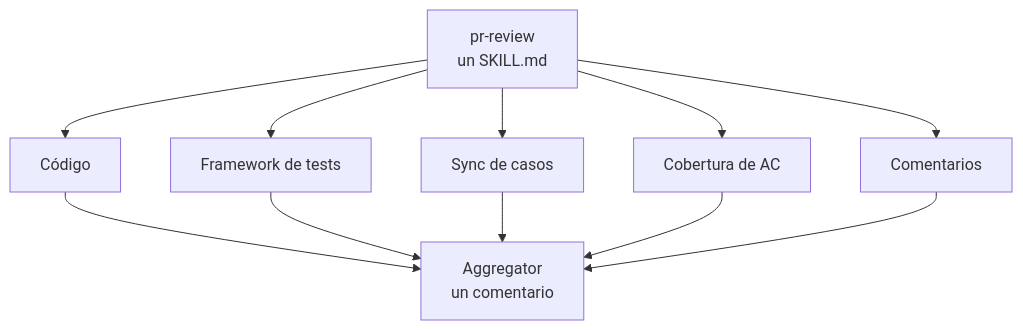
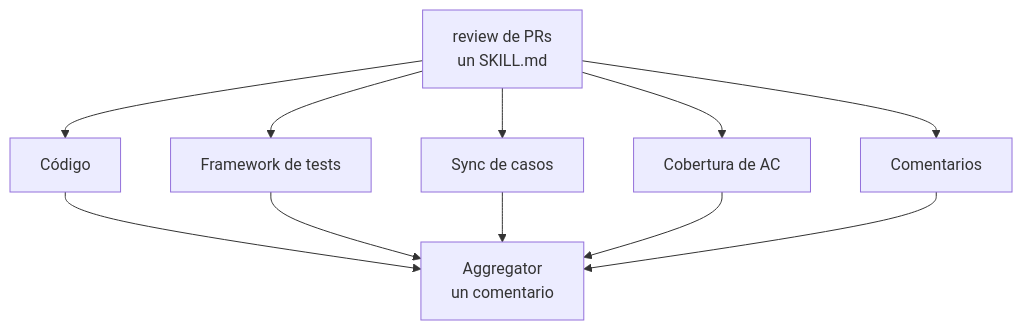
Before and after one commit to edcrove/claude-qa-demo: the diagram in slides/diagrams/subagentes.mmd, drawn with Mermaid. The commit also changed 7 other files, not shown here.

First line of the commit message:
fix(slides): one concept, one name in the fan-out diagram

```diff
--- a/slides/diagrams/subagentes.mmd
+++ b/slides/diagrams/subagentes.mmd
@@ -1,14 +1,14 @@
 %% Fan-out del skill de review de PRs — los cinco reviewers propios.
 %% Editá acá, no el .svg — el .svg se regenera con scripts/build-diagrams.sh.
 flowchart TB
-  M["pr-review<br/>un SKILL.md"]
+  M["review de PRs<br/>un SKILL.md"]
   M --> A["Código"]
   M --> B["Framework de tests"]
   M --> C["Sync de casos"]
   M --> D["Cobertura de AC"]
   M --> E["Comentarios"]
   A --> G["Aggregator<br/>un comentario"]
   B --> G
   C --> G
   D --> G
   E --> G
```
